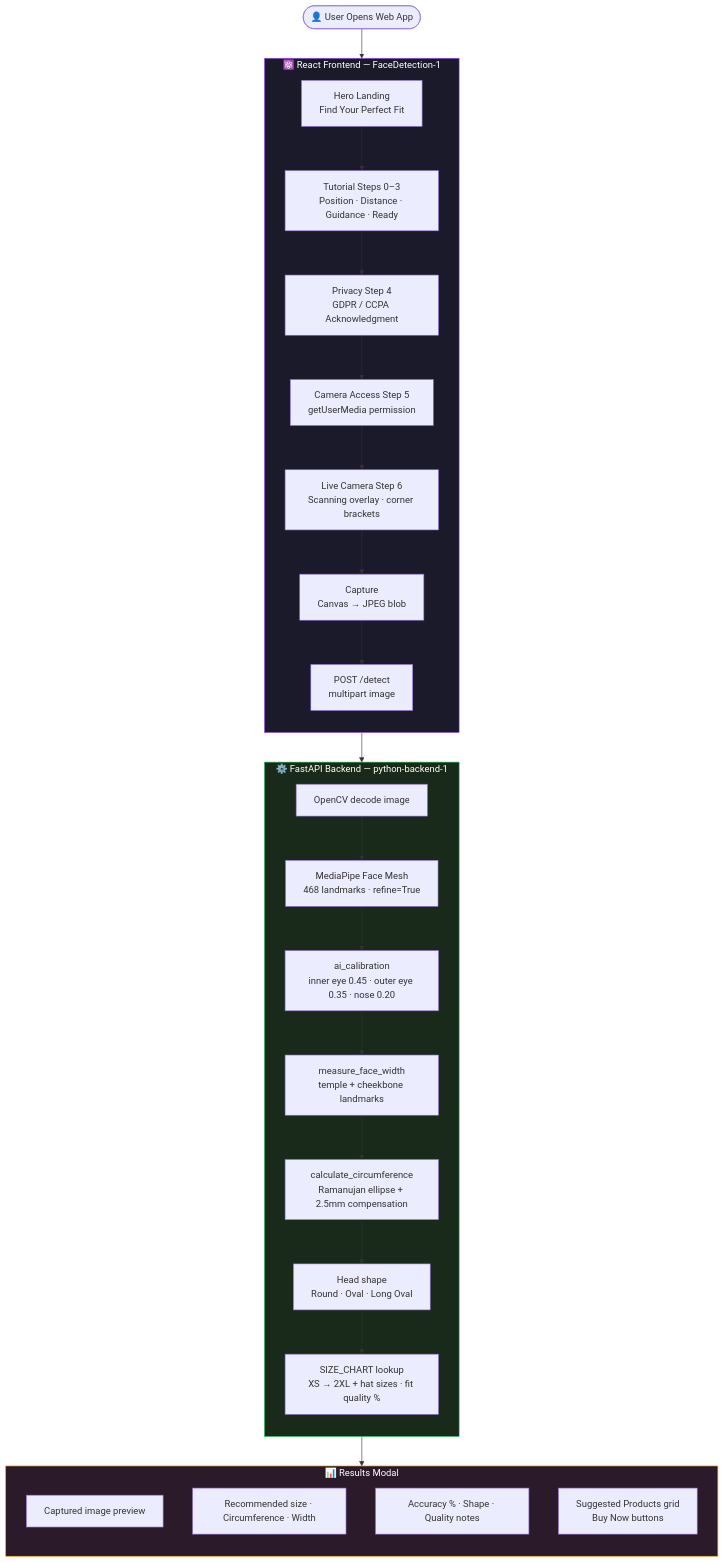
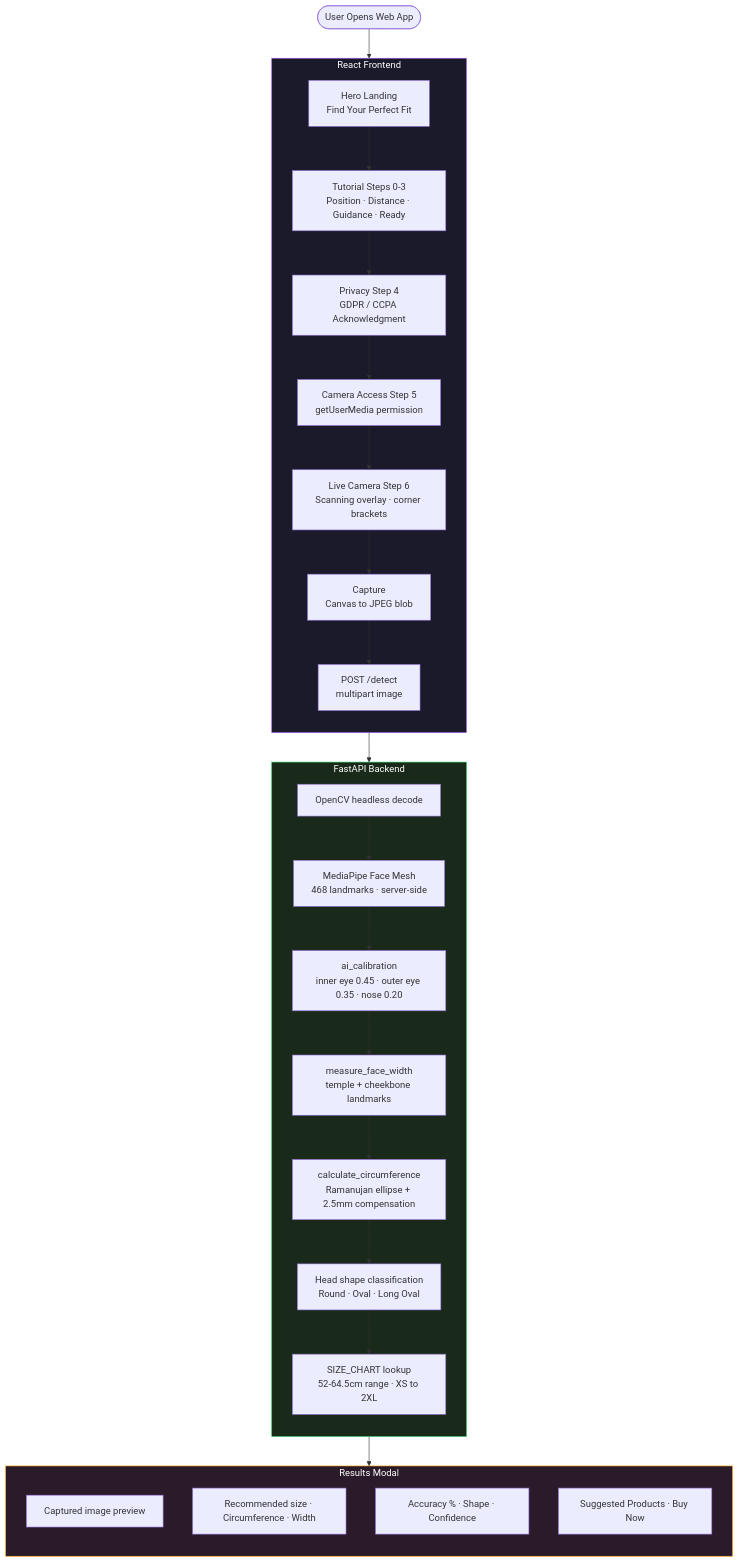
The diagram in readme.md (Dazuka-n/HelmetSense), drawn with Mermaid before and after one commit. The commit also changed other lines of this file, not shown here.

````diff
--- a/readme.md
+++ b/readme.md
@@ -78,41 +88,41 @@
 ```mermaid
 flowchart TD
-    U([👤 User Opens Web App]) --> S1
+    U([User Opens Web App]) --> S1
 
-    subgraph FE [⚛️ React Frontend — FaceDetection-1]
+    subgraph FE [React Frontend]
         direction TB
         S1[Hero Landing\nFind Your Perfect Fit]
-        S1 --> S2[Tutorial Steps 0–3\nPosition · Distance · Guidance · Ready]
+        S1 --> S2[Tutorial Steps 0-3\nPosition · Distance · Guidance · Ready]
         S2 --> S3[Privacy Step 4\nGDPR / CCPA Acknowledgment]
         S3 --> S4[Camera Access Step 5\ngetUserMedia permission]
         S4 --> S5[Live Camera Step 6\nScanning overlay · corner brackets]
-        S5 --> S6[Capture\nCanvas → JPEG blob]
+        S5 --> S6[Capture\nCanvas to JPEG blob]
         S6 --> API[POST /detect\nmultipart image]
     end
 
-    subgraph BE [⚙️ FastAPI Backend — python-backend-1]
+    subgraph BE [FastAPI Backend]
         direction TB
-        DEC[OpenCV decode image]
-        DEC --> MP[MediaPipe Face Mesh\n468 landmarks · refine=True]
+        DEC[OpenCV headless decode]
+        DEC --> MP[MediaPipe Face Mesh\n468 landmarks · server-side]
         MP --> CAL[ai_calibration\ninner eye 0.45 · outer eye 0.35 · nose 0.20]
         CAL --> FW[measure_face_width\ntemple + cheekbone landmarks]
         FW --> CIRC[calculate_circumference\nRamanujan ellipse + 2.5mm compensation]
-        CIRC --> SHAPE[Head shape\nRound · Oval · Long Oval]
-        SHAPE --> SIZE[SIZE_CHART lookup\nXS → 2XL + hat sizes · fit quality %]
+        CIRC --> SHAPE[Head shape classification\nRound · Oval · Long Oval]
+        SHAPE --> SIZE[SIZE_CHART lookup\n52-64.5cm range · XS to 2XL]
     end
 
-    subgraph RES [📊 Results Modal]
+    subgraph RES [Results Modal]
         direction TB
         R1[Captured image preview]
         R2[Recommended size · Circumference · Width]
-        R3[Accuracy % · Shape · Quality notes]
-        R4[Suggested Products grid\nBuy Now buttons]
+        R3[Accuracy % · Shape · Confidence]
+        R4[Suggested Products · Buy Now]
     end
 
     API --> BE
     SIZE --> RES
 
     style FE fill:#1a1a2a,stroke:#A855F7,color:#ffffff
     style BE fill:#1a2a1a,stroke:#22C55E,color:#ffffff
     style RES fill:#2a1a2a,stroke:#F59E0B,color:#ffffff
 ```
````
